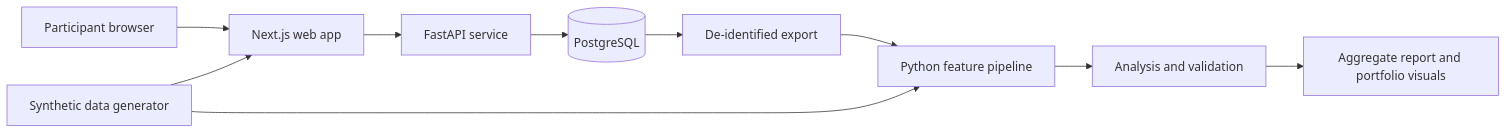
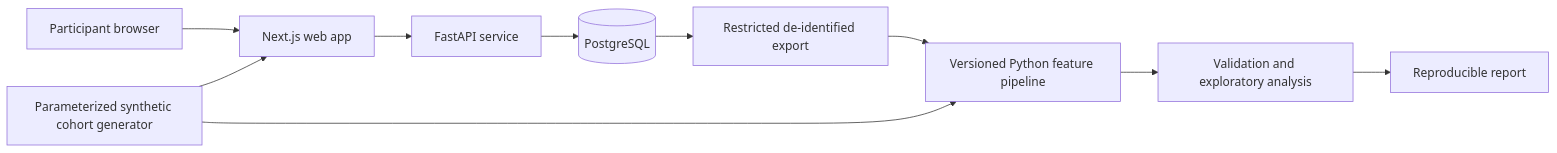
One commit to joshuajwoo/disclosure_gap changed the diagram in PLAN.md. Above: the diagram before and after it, drawn with Mermaid. The commit also changed other lines of this file and 59 other files, not shown here.

````diff
--- a/PLAN.md
+++ b/PLAN.md
@@ -51,12 +106,12 @@
 ```mermaid
 flowchart LR
     P[Participant browser] --> W[Next.js web app]
     W --> A[FastAPI service]
     A --> D[(PostgreSQL)]
-    D --> X[De-identified export]
-    X --> F[Python feature pipeline]
-    F --> M[Analysis and validation]
-    M --> R[Aggregate report and portfolio visuals]
-    S[Synthetic data generator] --> W
+    D --> X[Restricted de-identified export]
+    X --> F[Versioned Python feature pipeline]
+    F --> M[Validation and exploratory analysis]
+    M --> R[Reproducible report]
+    S[Parameterized synthetic cohort generator] --> W
     S --> F
 ```
````
